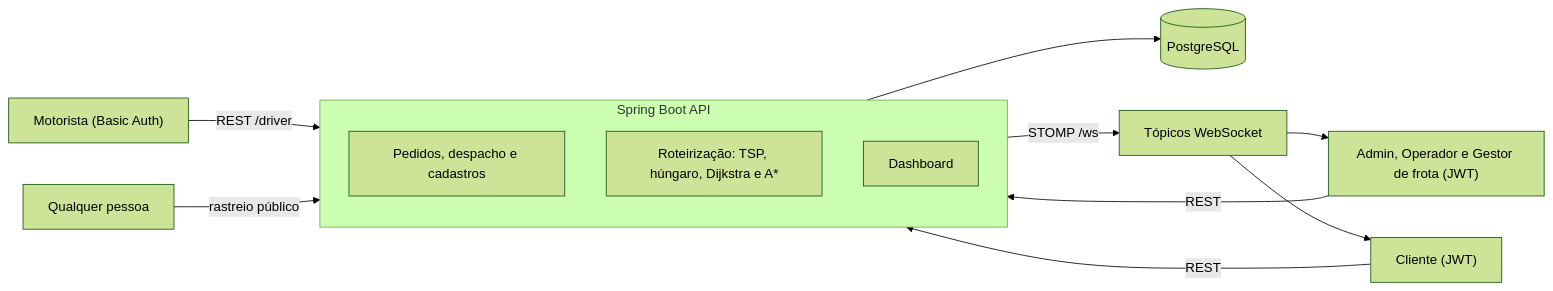
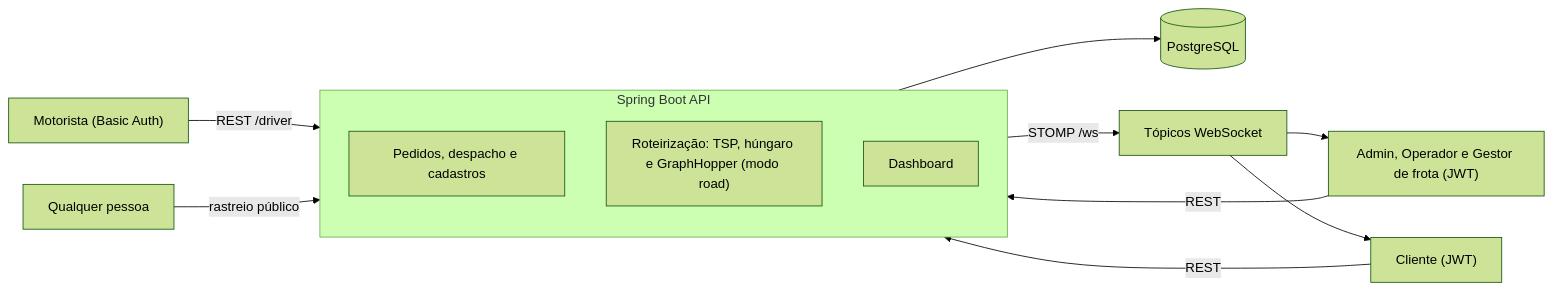
The diagram in docs/flows/backend/flow-geral.md (Edryck/kj-fleets), drawn with Mermaid (forest theme) before and after one commit. The commit also changed 10 other files, not shown here.

First line of the commit message:
docs(routing): documenta o modo road com GraphHopper

````diff
--- a/docs/flows/backend/flow-geral.md
+++ b/docs/flows/backend/flow-geral.md
@@ -7,16 +7,16 @@
 ```mermaid
 flowchart LR
     Cli["Cliente (JWT)"] -->|"REST"| API
     Staff["Admin, Operador e Gestor de frota (JWT)"] -->|"REST"| API
     Drv["Motorista (Basic Auth)"] -->|"REST /driver"| API
     Pub["Qualquer pessoa"] -->|"rastreio público"| API
     subgraph API["Spring Boot API"]
         Core["Pedidos, despacho e cadastros"]
-        Rt["Roteirização: TSP, húngaro, Dijkstra e A*"]
+        Rt["Roteirização: TSP, húngaro e GraphHopper (modo road)"]
         Dash["Dashboard"]
     end
     API --> DB[("PostgreSQL")]
     API -->|"STOMP /ws"| WS["Tópicos WebSocket"]
     WS --> Staff
     WS --> Cli
 ```
````
